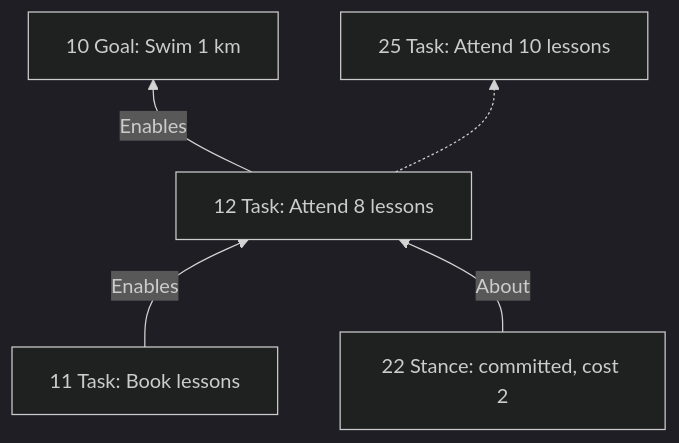
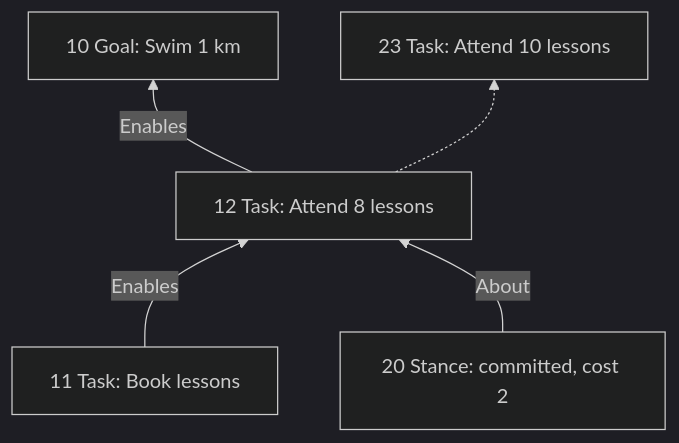
Before and after one commit to RezaOnGithub/lifecore: the third of 13 diagrams in docs/PLANNING-EXPLAINER.md, drawn with Mermaid (dark theme). The commit also changed other lines of this file and 3 other files, not shown here.

````diff
--- a/docs/PLANNING-EXPLAINER.md
+++ b/docs/PLANNING-EXPLAINER.md
@@ -347,7 +333,7 @@
 ```mermaid
 flowchart BT
     T1["11 Task: Book lessons"] -- Enables --> T2["12 Task: Attend 8 lessons"]
     T2 -- Enables --> G["10 Goal: Swim 1 km"]
-    T2 -.-> T2b["25 Task: Attend 10 lessons"]
-    S3["22 Stance: committed, cost 2"] -- About --> T2
+    T2 -.-> T2b["23 Task: Attend 10 lessons"]
+    S3["20 Stance: committed, cost 2"] -- About --> T2
 ```
````
